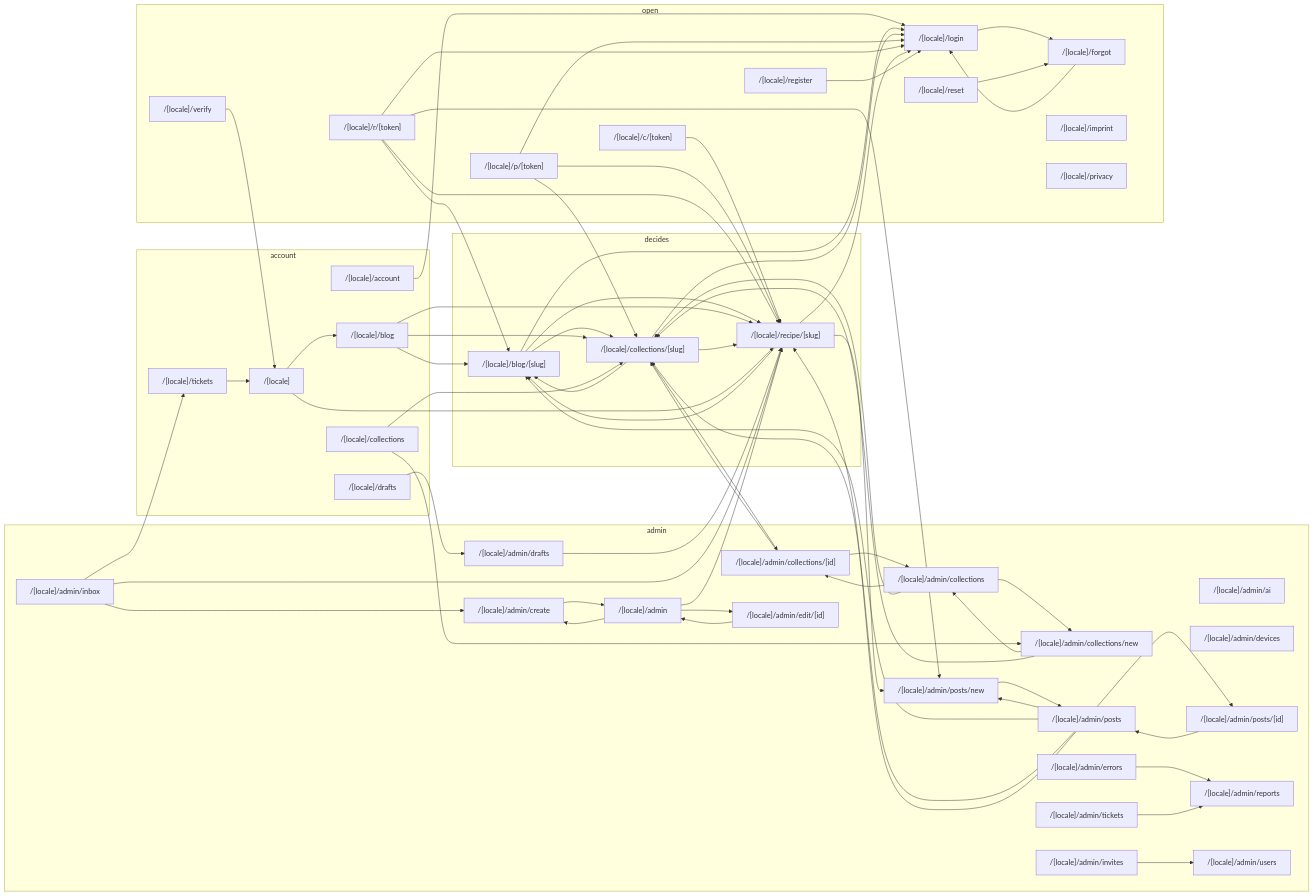
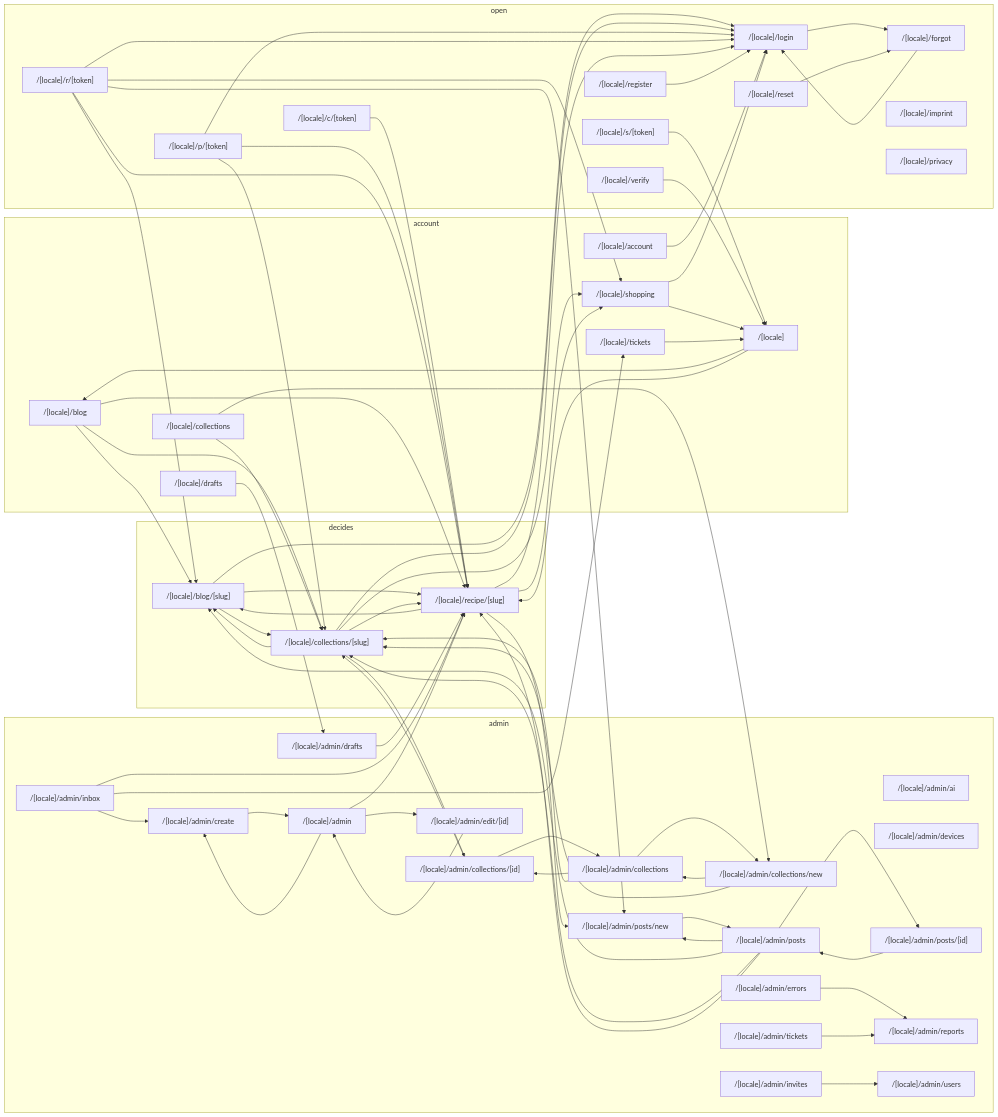
One commit to morischumacher/moscookbook changed the first of 2 diagrams in docs/interaction-map.generated.md. Above: the diagram before and after it, drawn with Mermaid. The commit also changed other lines of this file and 33 other files, not shown here.

````diff
--- a/docs/interaction-map.generated.md
+++ b/docs/interaction-map.generated.md
@@ -156,6 +165,7 @@
     n__locale__collections["/[locale]/collections"]
     n__locale__drafts["/[locale]/drafts"]
     n__locale_["/[locale]"]
+    n__locale__shopping["/[locale]/shopping"]
     n__locale__tickets["/[locale]/tickets"]
   end
   subgraph admin
@@ -193,6 +203,7 @@
     n__locale__r__token_["/[locale]/r/[token]"]
     n__locale__register["/[locale]/register"]
     n__locale__reset["/[locale]/reset"]
+    n__locale__s__token_["/[locale]/s/[token]"]
     n__locale__verify["/[locale]/verify"]
   end
   n__locale__account --> n__locale__login
@@ -233,6 +244,7 @@
   n__locale__collections__slug_ --> n__locale__blog__slug_
   n__locale__collections__slug_ --> n__locale__login
   n__locale__collections__slug_ --> n__locale__recipe__slug_
+  n__locale__collections__slug_ --> n__locale__shopping
   n__locale__collections --> n__locale__admin_collections_new
   n__locale__collections --> n__locale__collections__slug_
   n__locale__drafts --> n__locale__admin_drafts
@@ -247,11 +259,16 @@
   n__locale__r__token_ --> n__locale__blog__slug_
   n__locale__r__token_ --> n__locale__login
   n__locale__r__token_ --> n__locale__recipe__slug_
+  n__locale__r__token_ --> n__locale__shopping
   n__locale__recipe__slug_ --> n__locale__admin_posts_new
   n__locale__recipe__slug_ --> n__locale__blog__slug_
   n__locale__recipe__slug_ --> n__locale__login
+  n__locale__recipe__slug_ --> n__locale__shopping
   n__locale__register --> n__locale__login
   n__locale__reset --> n__locale__forgot
+  n__locale__s__token_ --> n__locale_
+  n__locale__shopping --> n__locale_
+  n__locale__shopping --> n__locale__login
   n__locale__tickets --> n__locale_
   n__locale__verify --> n__locale_
 ```
````
